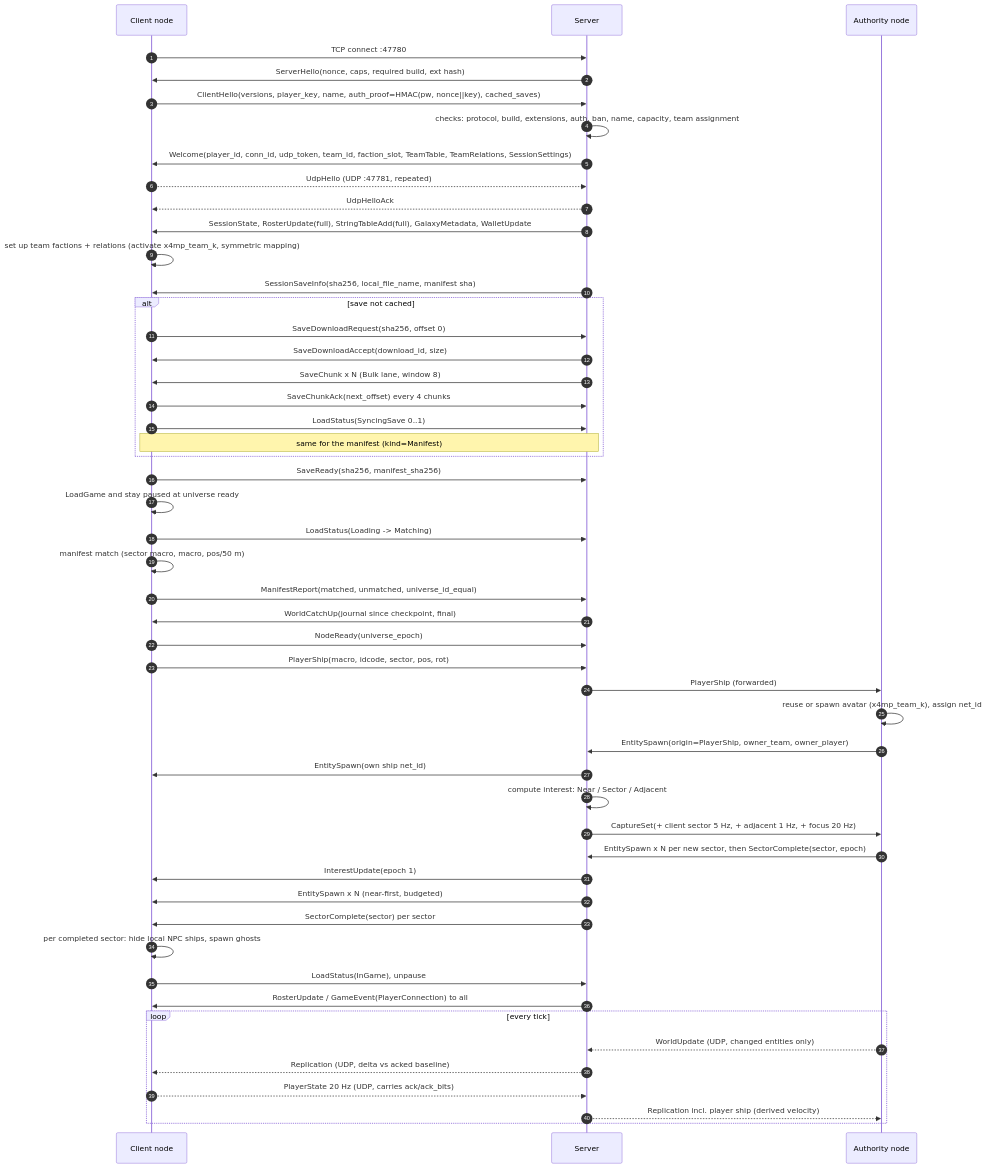
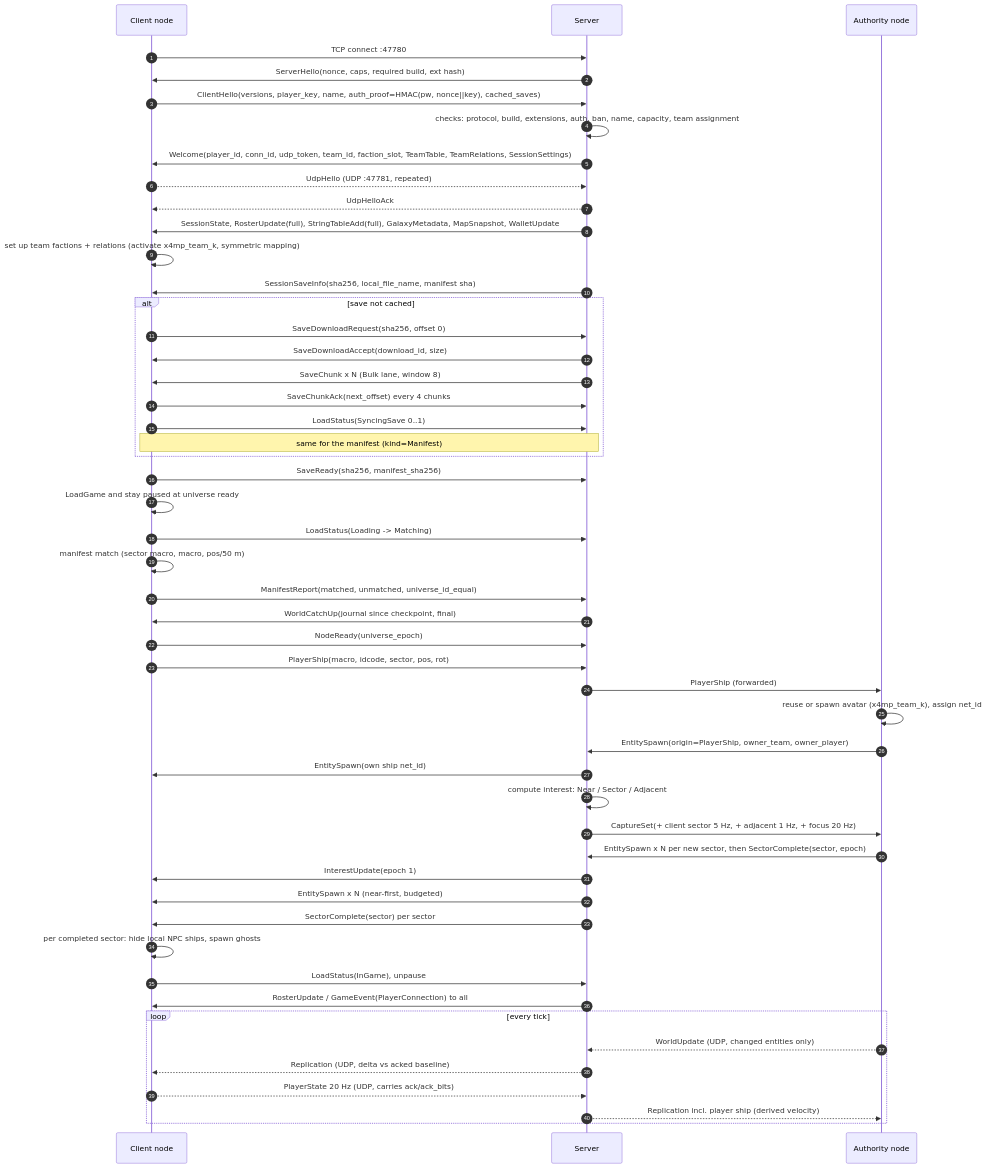
One commit to mercurynova/X4-Multiplayer changed the first of 4 diagrams in docs/protocol.md. Above: the diagram before and after it, drawn with Mermaid. The commit also changed other lines of this file and 87 other files, not shown here.

First line of the commit message:
host: consolidate the host-player session, strategic map and parity hardening

````diff
--- a/docs/protocol.md
+++ b/docs/protocol.md
@@ -1537,52 +1574,52 @@
 ```mermaid
 sequenceDiagram
     autonumber
     participant C as Client node
     participant S as Server
     participant A as Authority node
     C->>S: TCP connect :47780
     S->>C: ServerHello(nonce, caps, required build, ext hash)
     C->>S: ClientHello(versions, player_key, name, auth_proof=HMAC(pw, nonce||key), cached_saves)
     S->>S: checks: protocol, build, extensions, auth, ban, name, capacity, team assignment
     S->>C: Welcome(player_id, conn_id, udp_token, team_id, faction_slot, TeamTable, TeamRelations, SessionSettings)
     C-->>S: UdpHello (UDP :47781, repeated)
     S-->>C: UdpHelloAck
-    S->>C: SessionState, RosterUpdate(full), StringTableAdd(full), GalaxyMetadata, WalletUpdate
+    S->>C: SessionState, RosterUpdate(full), StringTableAdd(full), GalaxyMetadata, MapSnapshot, WalletUpdate
     C->>C: set up team factions + relations (activate x4mp_team_k, symmetric mapping)
     S->>C: SessionSaveInfo(sha256, local_file_name, manifest sha)
     alt save not cached
         C->>S: SaveDownloadRequest(sha256, offset 0)
         S->>C: SaveDownloadAccept(download_id, size)
         S->>C: SaveChunk x N (Bulk lane, window 8)
         C->>S: SaveChunkAck(next_offset) every 4 chunks
         C->>S: LoadStatus(SyncingSave 0..1)
         Note over C,S: same for the manifest (kind=Manifest)
     end
     C->>S: SaveReady(sha256, manifest_sha256)
     C->>C: LoadGame and stay paused at universe ready
     C->>S: LoadStatus(Loading -> Matching)
     C->>C: manifest match (sector macro, macro, pos/50 m)
     C->>S: ManifestReport(matched, unmatched, universe_id_equal)
     S->>C: WorldCatchUp(journal since checkpoint, final)
     C->>S: NodeReady(universe_epoch)
     C->>S: PlayerShip(macro, idcode, sector, pos, rot)
     S->>A: PlayerShip (forwarded)
     A->>A: reuse or spawn avatar (x4mp_team_k), assign net_id
     A->>S: EntitySpawn(origin=PlayerShip, owner_team, owner_player)
     S->>C: EntitySpawn(own ship net_id)
     S->>S: compute interest: Near / Sector / Adjacent
     S->>A: CaptureSet(+ client sector 5 Hz, + adjacent 1 Hz, + focus 20 Hz)
     A->>S: EntitySpawn x N per new sector, then SectorComplete(sector, epoch)
     S->>C: InterestUpdate(epoch 1)
     S->>C: EntitySpawn x N (near-first, budgeted)
     S->>C: SectorComplete(sector) per sector
     C->>C: per completed sector: hide local NPC ships, spawn ghosts
     C->>S: LoadStatus(InGame), unpause
     S->>C: RosterUpdate / GameEvent(PlayerConnection) to all
     loop every tick
         A-->>S: WorldUpdate (UDP, changed entities only)
         S-->>C: Replication (UDP, delta vs acked baseline)
         C-->>S: PlayerState 20 Hz (UDP, carries ack/ack_bits)
         S-->>A: Replication incl. player ship (derived velocity)
     end
 ```
````
